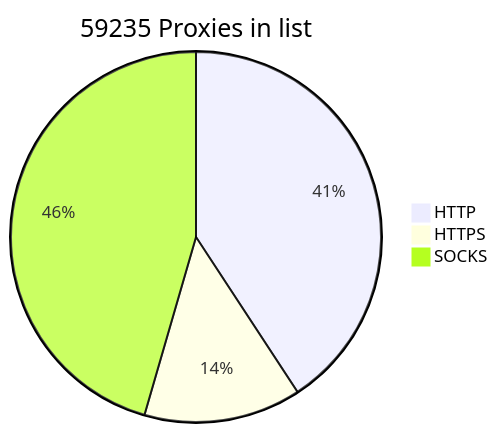
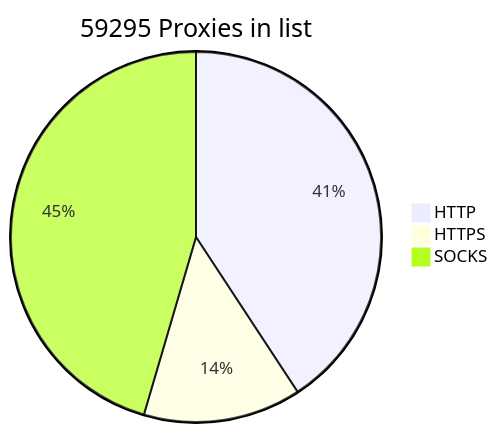
Before and after one commit to BlackSnowDot/proxylist-update-every-minute: the diagram in README.md, drawn with Mermaid.

````diff
--- a/README.md
+++ b/README.md
@@ -2,6 +2,6 @@
 ```mermaid
-pie title 59235 Proxies in list
-    "HTTP" : 27209
-    "HTTPS": 9156
+pie title 59295 Proxies in list
+    "HTTP" : 27233
+    "HTTPS": 9210
     "SOCKS" : 30374
 ```
````
